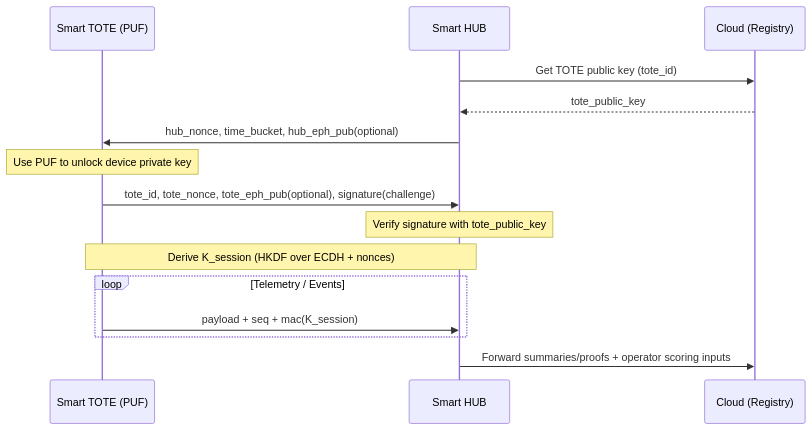
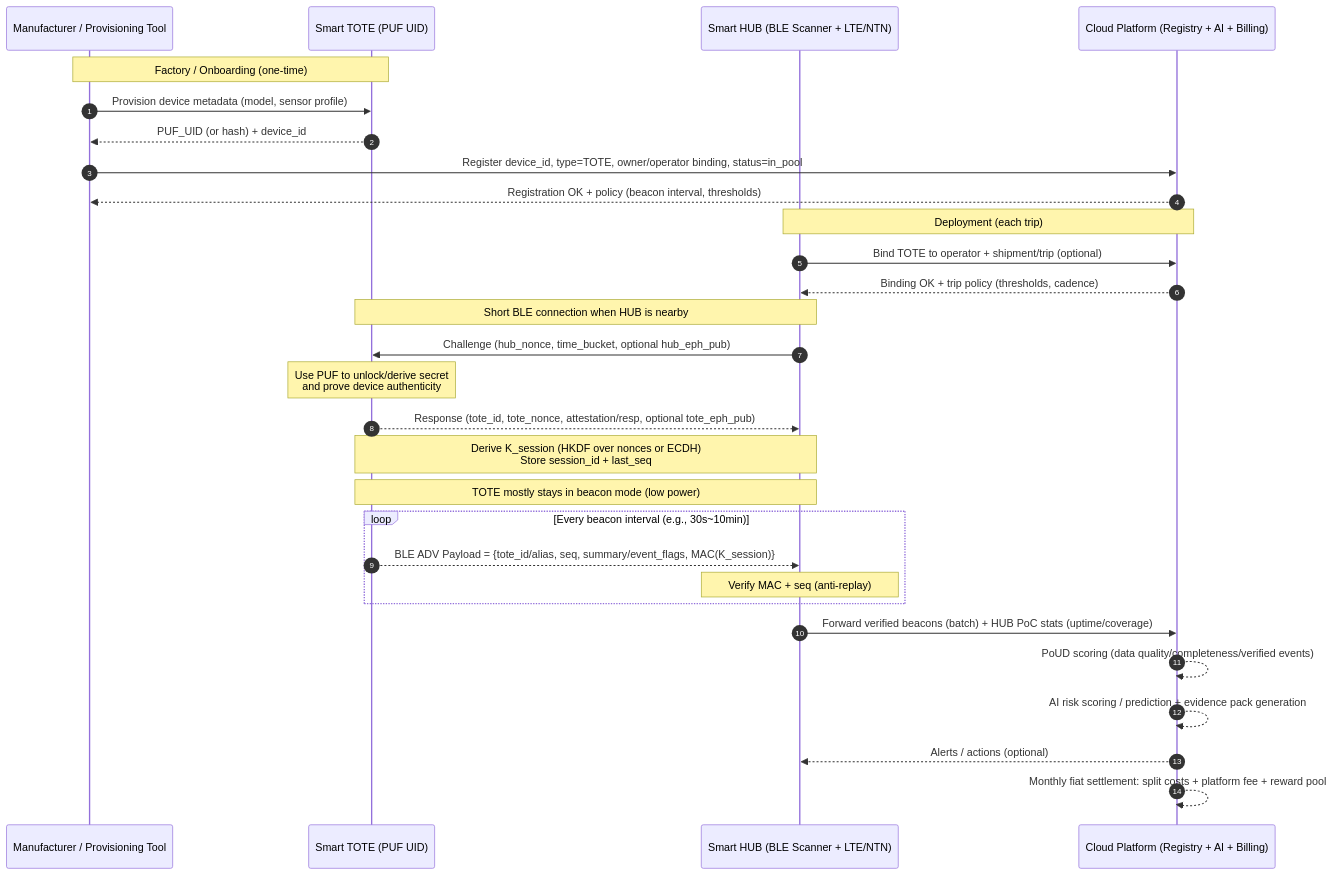
One commit to jshuo/ai-moea-proposal changed the diagram in proposal/attachments/depin-poud-poc.md. Above: the diagram before and after it, drawn with Mermaid. The commit also changed other lines of this file, not shown here.

Commit message:
Refactor sequence diagram for Smart TOTE and Smart HUB interaction, enhancing clarity and structure across registration, deployment, session authentication, and data uplink processes.

````diff
--- a/proposal/attachments/depin-poud-poc.md
+++ b/proposal/attachments/depin-poud-poc.md
@@ -1,23 +2,54 @@
-``` mermaid
-sequenceDiagram
-  participant T as Smart TOTE (PUF)
-  participant H as Smart HUB
-  participant C as Cloud (Registry)
+```mermaid 
 
-  H->>C: Get TOTE public key (tote_id)
-  C-->>H: tote_public_key
+  sequenceDiagram
+  autonumber
+  participant M as Manufacturer / Provisioning Tool
+  participant T as Smart TOTE (PUF UID)
+  participant H as Smart HUB (BLE Scanner + LTE/NTN)
+  participant C as Cloud Platform (Registry + AI + Billing)
 
-  H->>T: hub_nonce, time_bucket, hub_eph_pub(optional)
-  Note over T: Use PUF to unlock device private key
-  T->>H: tote_id, tote_nonce, tote_eph_pub(optional), signature(challenge)
+  %% ----------------------------
+  %% 1) Registration (one-time)
+  %% ----------------------------
+  Note over M,T: Factory / Onboarding (one-time)
+  M->>T: Provision device metadata (model, sensor profile)
+  T-->>M: PUF_UID (or hash) + device_id
+  M->>C: Register device_id, type=TOTE, owner/operator binding, status=in_pool
+  C-->>M: Registration OK + policy (beacon interval, thresholds)
 
-  Note over H: Verify signature with tote_public_key
-  Note over T,H: Derive K_session (HKDF over ECDH + nonces)
+  %% ------------------------------------
+  %% 2) Deployment / Binding to shipment
+  %% ------------------------------------
+  Note over H,C: Deployment (each trip)
+  H->>C: Bind TOTE to operator + shipment/trip (optional)
+  C-->>H: Binding OK + trip policy (thresholds, cadence)
 
-  loop Telemetry / Events
-    T->>H: payload + seq + mac(K_session)
+  %% -----------------------------------------
+  %% 3) Session auth (short 2-way BLE exchange)
+  %% -----------------------------------------
+  Note over H,T: Short BLE connection when HUB is nearby
+  H->>T: Challenge (hub_nonce, time_bucket, optional hub_eph_pub)
+  Note over T: Use PUF to unlock/derive secret<br/>and prove device authenticity
+  T-->>H: Response (tote_id, tote_nonce, attestation/resp, optional tote_eph_pub)
+  Note over H,T: Derive K_session (HKDF over nonces or ECDH)<br/>Store session_id + last_seq
+
+  %% ------------------------------------------
+  %% 4) BLE beacon transmission (advertising-only)
+  %% ------------------------------------------
+  Note over T,H: TOTE mostly stays in beacon mode (low power)
+  loop Every beacon interval (e.g., 30s~10min)
+    T-->>H: BLE ADV Payload = {tote_id/alias, seq, summary/event_flags, MAC(K_session)}
+    Note over H: Verify MAC + seq (anti-replay)
   end
 
-  H->>C: Forward summaries/proofs + operator scoring inputs
+  %% ----------------------------
+  %% 5) Uplink + scoring + AI
+  %% ----------------------------
+  H->>C: Forward verified beacons (batch) + HUB PoC stats (uptime/coverage)
+  C-->>C: PoUD scoring (data quality/completeness/verified events)
+  C-->>C: AI risk scoring / prediction + evidence pack generation
+  C-->>H: Alerts / actions (optional)
+  C-->>C: Monthly fiat settlement: split costs + platform fee + reward pool
+
 
 ```
````
